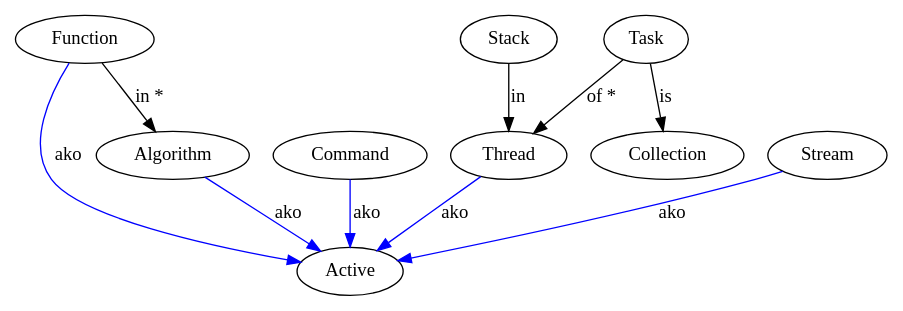
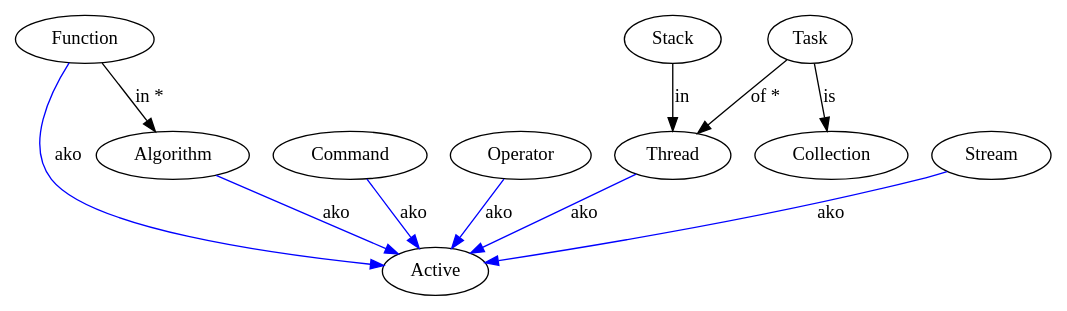
One commit to ponyatov/DLR changed the diagram in doc/sym/01.dot. Above: the diagram before and after it, drawn with Graphviz. The commit also changed 1 other file, not shown here.

Commit message:
+ operator

```diff
--- a/doc/sym/01.dot
+++ b/doc/sym/01.dot
@@ -1,14 +1,15 @@
 digraph {
 Function -> Active [label=ako,color=blue];
 Command -> Active [label=ako,color=blue];
+Operator -> Active [label=ako,color=blue];
 Thread -> Active [label=ako,color=blue];
 Stream -> Active [label=ako,color=blue];
 Algorithm -> Active [label=ako,color=blue];
 Function -> Algorithm [label="in *"];
 Stack -> Thread [label=in];
 Task -> Collection [label=is];
 Task -> Thread [label="of *"];
 #Sort -> Algorithm [label=ako,color=blue];
 #Index -> Algorithm [label=ako,color=blue];
 #Search -> Algorithm [label=ako,color=blue];
 }
```
